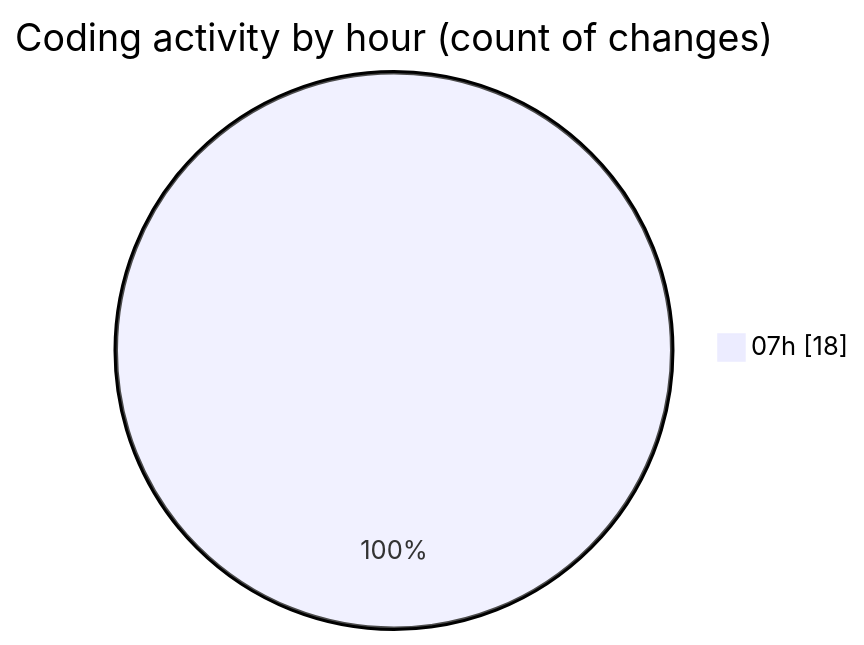
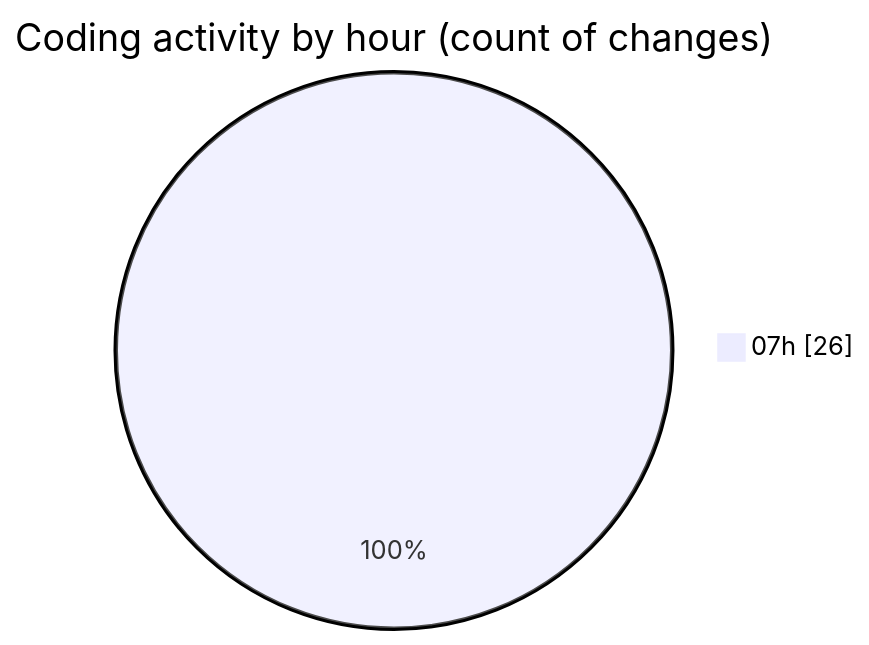
The second of 2 diagrams in 2026-01-08/testuploaddovera/README.md (MatusMokan/code-tracking), drawn with Mermaid before and after one commit. The commit also changed other lines of this file and 1 other file, not shown here.

````diff
--- a/2026-01-08/testuploaddovera/README.md
+++ b/2026-01-08/testuploaddovera/README.md
@@ -35,5 +35,5 @@
 ```mermaid
 pie showData
 title Coding activity by hour (count of changes)
-"07h" : 18
+"07h" : 26
 ```
````
